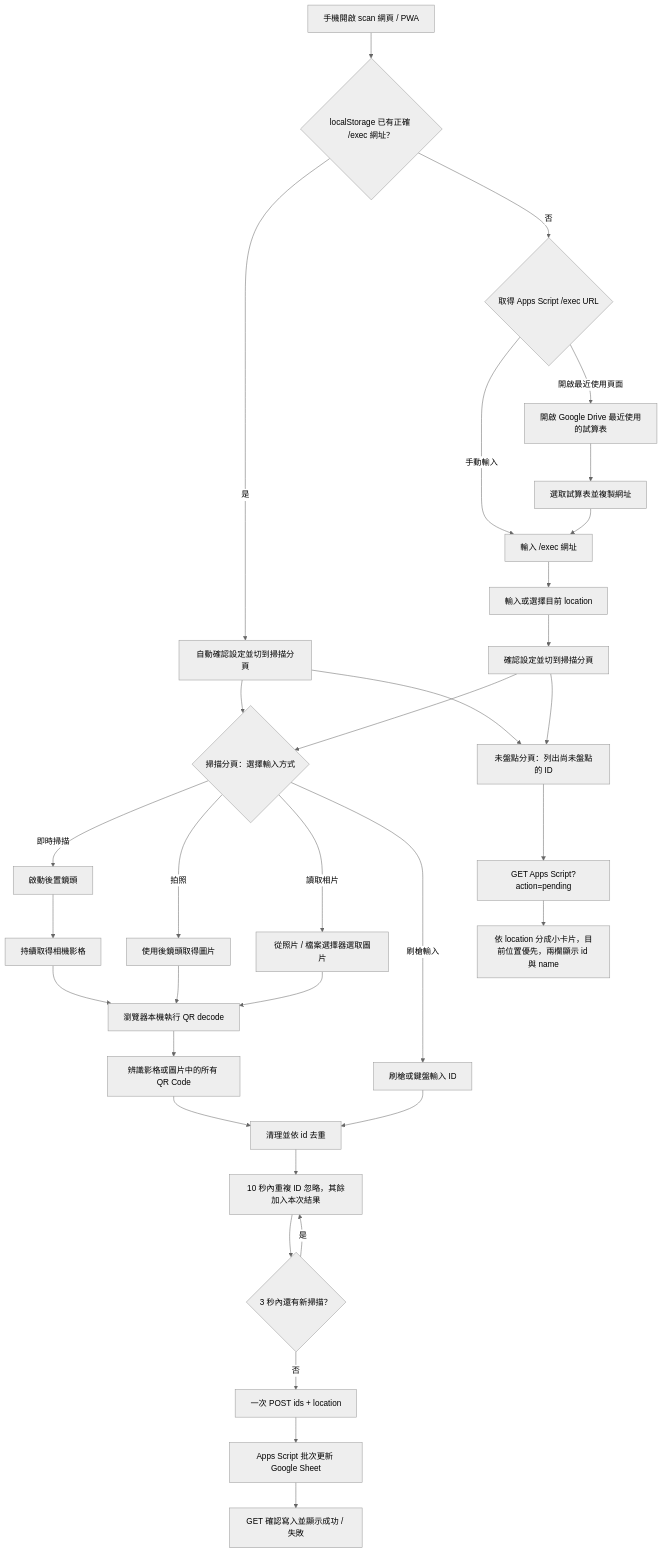
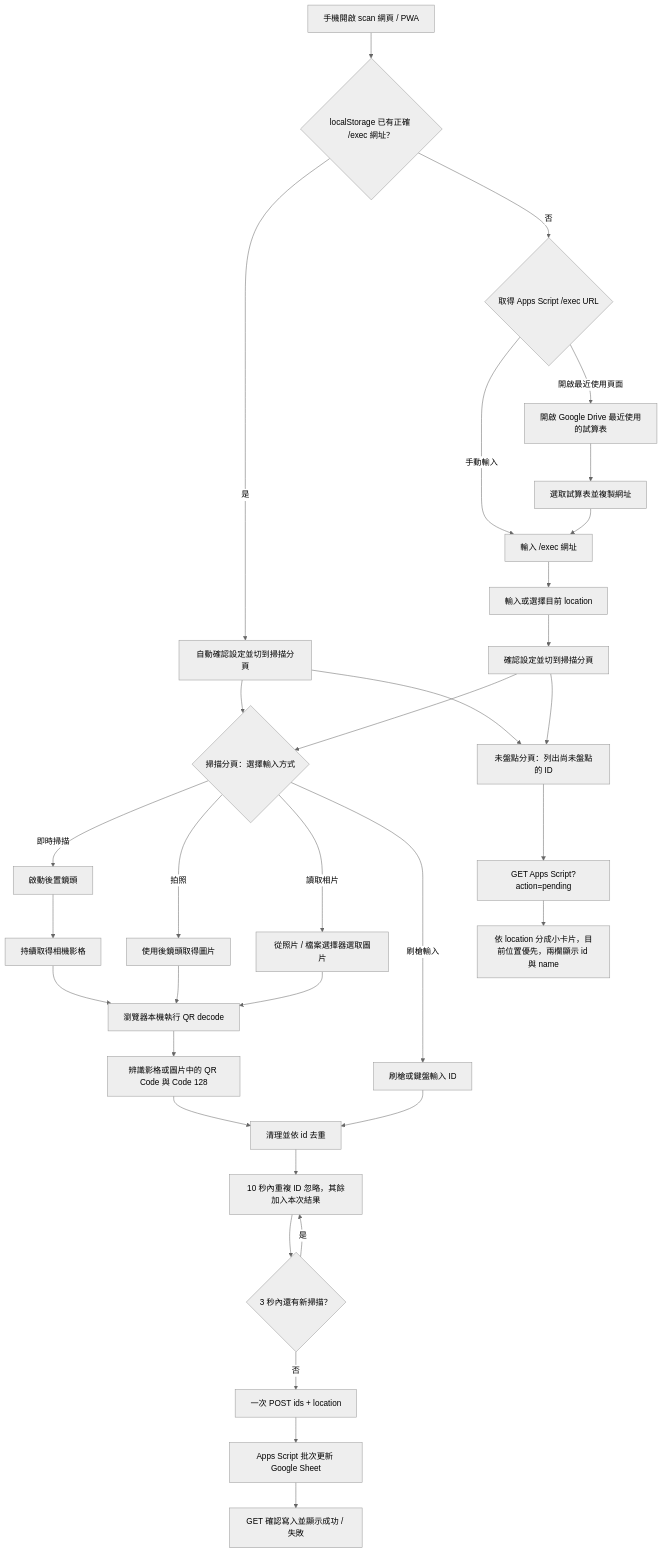
The diagram in scan/README.md (pulipulichen/Mobile-Inventory-Scanner), drawn with Mermaid (neutral theme) before and after one commit. The commit also changed other lines of this file and 19 other files, not shown here.

````diff
--- a/scan/README.md
+++ b/scan/README.md
@@ -60,35 +60,35 @@
 ```mermaid
 flowchart TD
     A["手機開啟 scan 網頁 / PWA"] --> B{"localStorage 已有正確 /exec 網址？"}
     B -->|"是"| C["自動確認設定並切到掃描分頁"]
     B -->|"否"| D{"取得 Apps Script /exec URL"}
     D -->|"手動輸入"| E["輸入 /exec 網址"]
     D -->|"開啟最近使用頁面"| F["開啟 Google Drive 最近使用的試算表"]
     F --> G["選取試算表並複製網址"]
     G --> E
     E --> H["輸入或選擇目前 location"]
     H --> I["確認設定並切到掃描分頁"]
     C --> J{"掃描分頁：選擇輸入方式"}
     I --> J
     J -->|"即時掃描"| K["啟動後置鏡頭"]
     K --> L["持續取得相機影格"]
     J -->|"拍照"| M["使用後鏡頭取得圖片"]
     J -->|"讀取相片"| N["從照片 / 檔案選擇器選取圖片"]
     J -->|"刷槍輸入"| Z["刷槍或鍵盤輸入 ID"]
     L --> O["瀏覽器本機執行 QR decode"]
     M --> O
     N --> O
-    O --> P["辨識影格或圖片中的所有 QR Code"]
+    O --> P["辨識影格或圖片中的 QR Code 與 Code 128"]
     P --> Q["清理並依 id 去重"]
     Z --> Q
     Q --> R["10 秒內重複 ID 忽略，其餘加入本次結果"]
     R --> S{"3 秒內還有新掃描？"}
     S -->|"是"| R
     S -->|"否"| T["一次 POST ids + location"]
     T --> U["Apps Script 批次更新 Google Sheet"]
     U --> V["GET 確認寫入並顯示成功 / 失敗"]
     C --> W["未盤點分頁：列出尚未盤點的 ID"]
     I --> W
     W --> X["GET Apps Script?action=pending"]
     X --> Y["依 location 分成小卡片，目前位置優先，兩欄顯示 id 與 name"]
 ```
````
